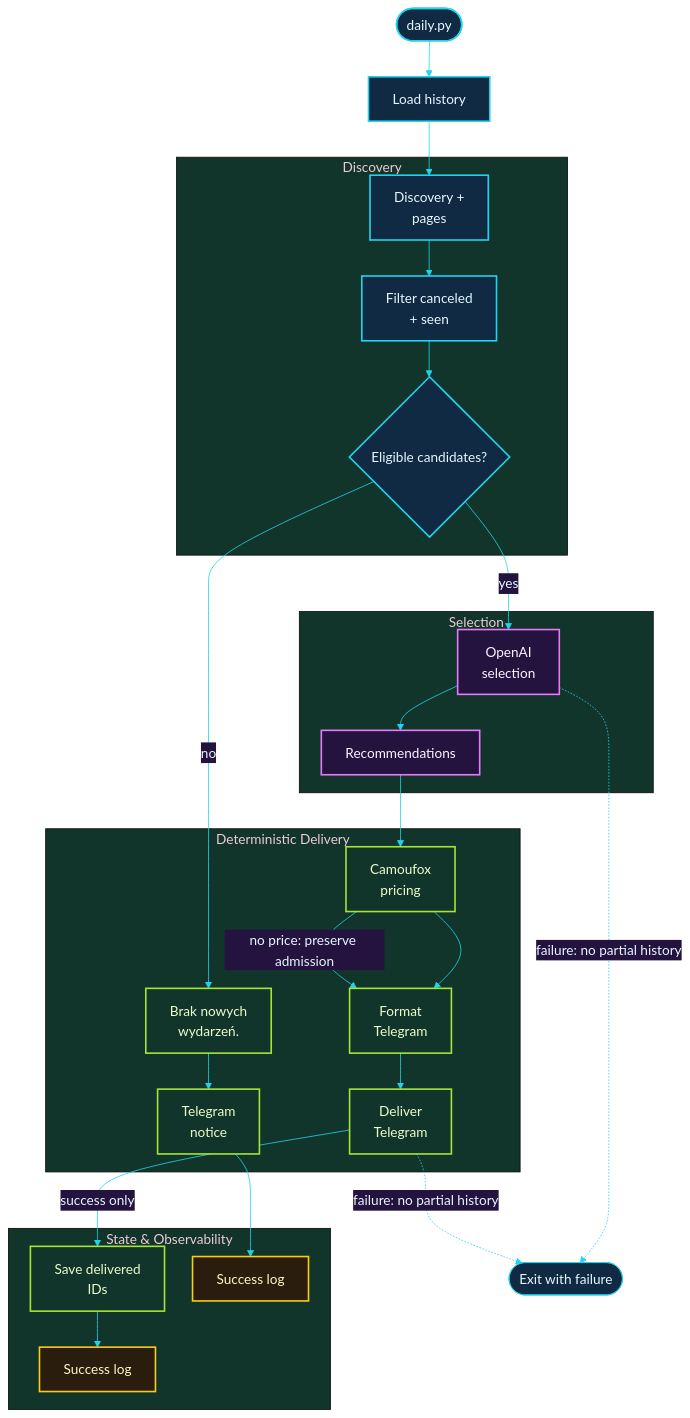
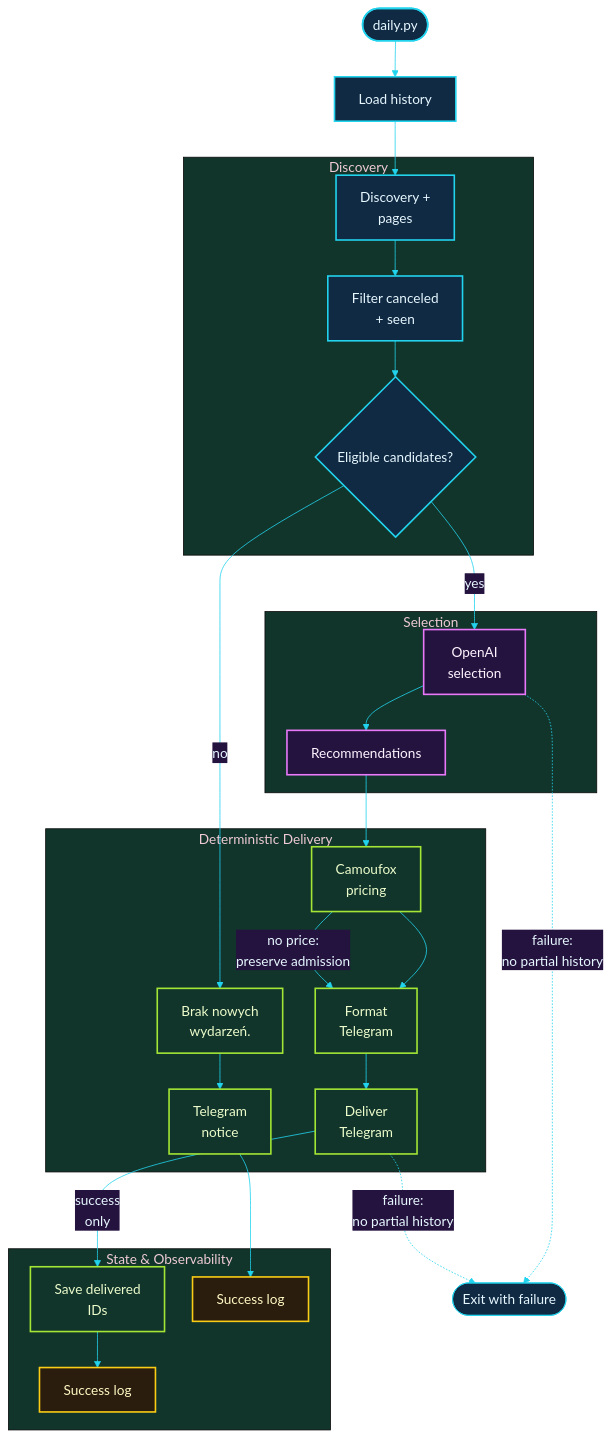
The second of 3 diagrams in docs/architecture.md (michalmarczuk/event-agent), drawn with Mermaid before and after one commit. The commit also changed other lines of this file and 6 other files, not shown here.

Commit message:
Simplify README product flow for newcomers

````diff
--- a/docs/architecture.md
+++ b/docs/architecture.md
@@ -90,45 +90,45 @@
 ```mermaid
 %%{init: {'theme': 'base', 'themeVariables': {'background': '#07111f', 'primaryColor': '#102a43', 'primaryTextColor': '#e6f7ff', 'primaryBorderColor': '#22d3ee', 'secondaryColor': '#25133f', 'tertiaryColor': '#12352b', 'lineColor': '#22d3ee', 'fontFamily': 'ui-sans-serif, system-ui', 'fontSize': '17px'}, 'flowchart': {'nodeSpacing': 35, 'rankSpacing': 45}}}%%
 flowchart TB
     start(["daily.py"]) --> load["Load history"]
 
     subgraph discovery["Discovery"]
         search["Discovery +<br/>pages"] --> filter["Filter canceled<br/>+ seen"]
         filter --> eligible{"Eligible candidates?"}
     end
 
     subgraph selection["Selection"]
         agent["OpenAI<br/>selection"] --> recommendations["Recommendations"]
     end
 
     subgraph delivery["Deterministic Delivery"]
         enrich["Camoufox<br/>pricing"] --> format["Format<br/>Telegram"] --> send["Deliver<br/>Telegram"]
         no_events["Brak nowych<br/>wydarzeń."] --> no_events_send["Telegram<br/>notice"]
     end
 
     subgraph state["State & Observability"]
         persist["Save delivered<br/>IDs"]
         success["Success log"]
         no_events_success["Success log"]
     end
 
     load --> search
     eligible -->|"yes"| agent
     eligible -->|"no"| no_events
     recommendations --> enrich
-    enrich -->|"no price: preserve admission"| format
-    send -->|"success only"| persist --> success
+    enrich -->|"no price:<br/>preserve admission"| format
+    send -->|"success<br/>only"| persist --> success
     no_events_send --> no_events_success
 
-    agent -. "failure: no partial history" .-> stop(["Exit with failure"])
-    send -. "failure: no partial history" .-> stop
+    agent -. "failure:<br/>no partial history" .-> stop(["Exit with failure"])
+    send -. "failure:<br/>no partial history" .-> stop
 
     classDef external fill:#102a43,stroke:#22d3ee,color:#e6f7ff,stroke-width:2px;
     classDef ai fill:#25133f,stroke:#e879f9,color:#fdf4ff,stroke-width:2px;
     classDef deterministic fill:#12352b,stroke:#a3e635,color:#ecfccb,stroke-width:2px;
     classDef observability fill:#2b1d0e,stroke:#facc15,color:#fef9c3,stroke-width:2px;
     class start,load,search,filter,eligible external;
     class agent,recommendations ai;
     class enrich,format,send,no_events,no_events_send,persist deterministic;
     class success,no_events_success observability;
 ```
````
